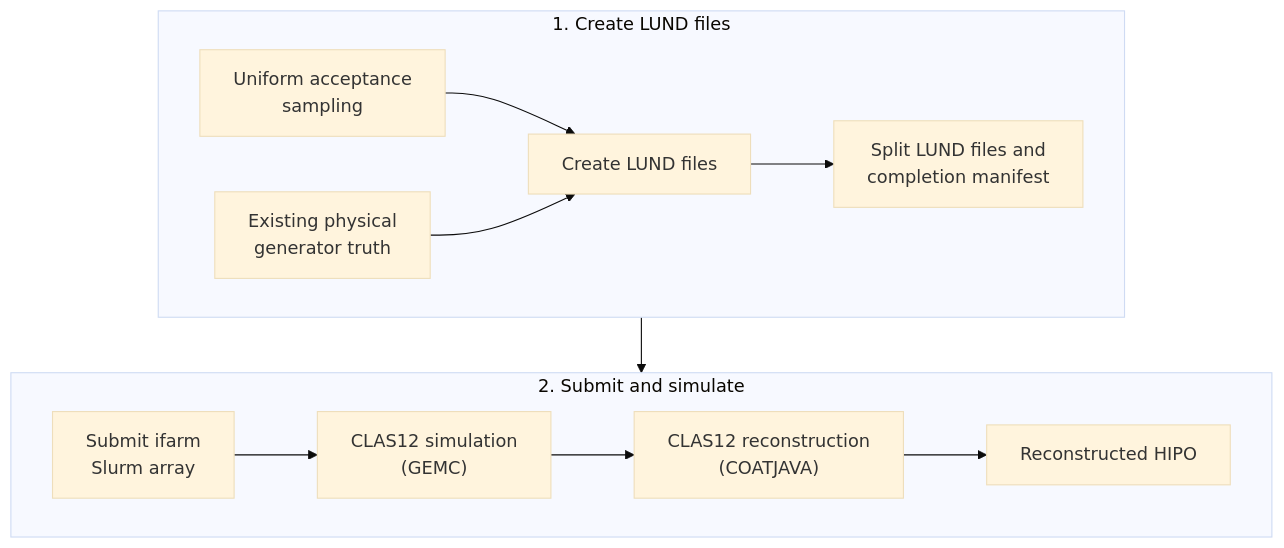
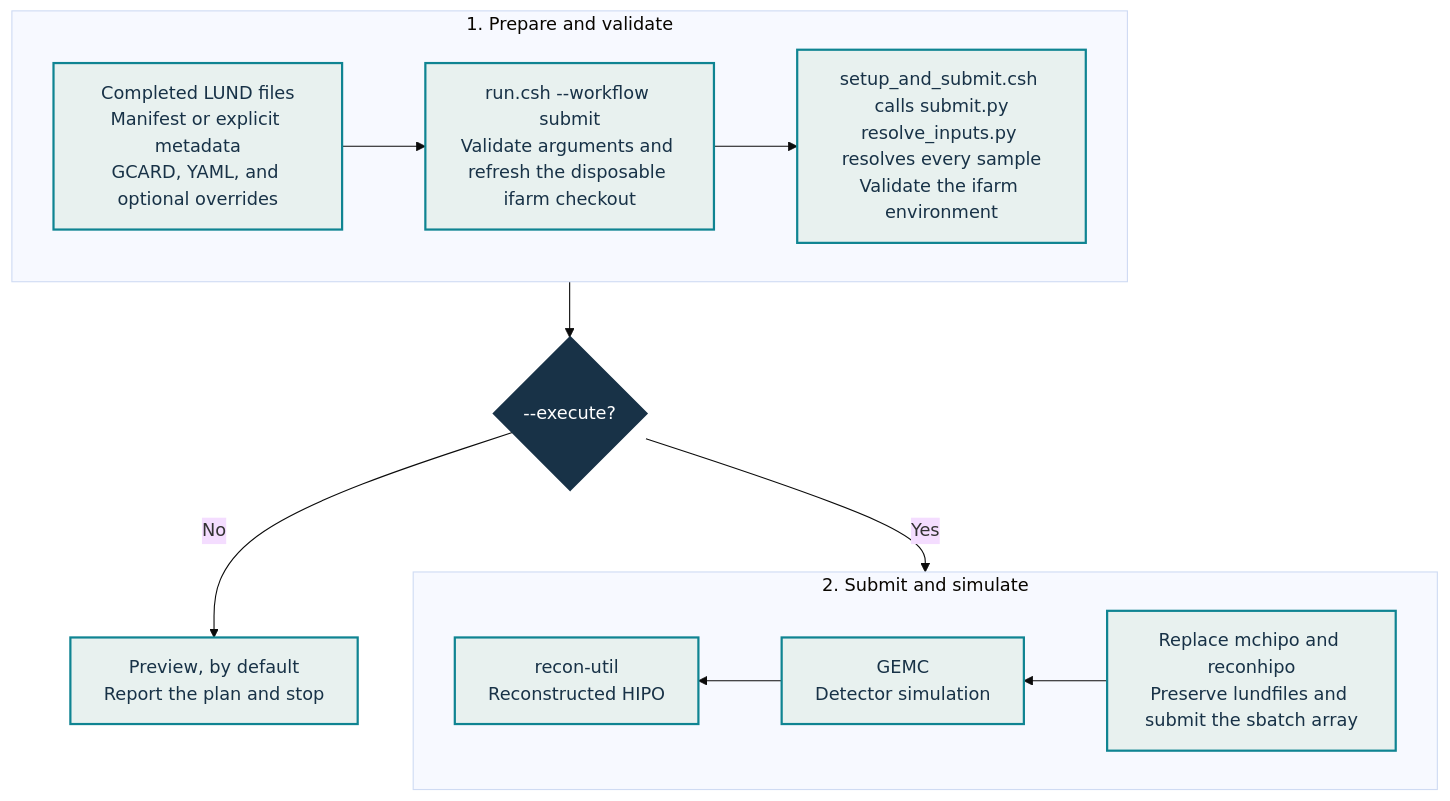
The second of 2 diagrams in docs/index.md (alons126/CLAS12-sample-generator), drawn with Mermaid (base theme) before and after one commit. The commit also changed other lines of this file and 5 other files, not shown here.

Commit message:
Update workflow diagrams and launcher preflight

````diff
--- a/docs/index.md
+++ b/docs/index.md
@@ -5,18 +39,26 @@
 ```mermaid
 flowchart TB
-    subgraph CREATE["1. Create LUND files"]
+    subgraph PREPARE["1. Prepare and validate"]
         direction LR
-        U["Uniform acceptance<br/>sampling"] --> C["Create LUND files"]
-        P["Existing physical<br/>generator truth"] --> C
-        C --> L["Split LUND files and<br/>completion manifest"]
+        INPUTS["Completed LUND files<br/>Manifest or explicit metadata<br/>GCARD, YAML, and optional overrides"] --> ENTRY["run.csh --workflow submit<br/>Validate arguments and refresh the disposable ifarm checkout"]
+        ENTRY --> VALIDATE["setup_and_submit.csh calls submit.py<br/>resolve_inputs.py resolves every sample<br/>Validate the ifarm environment"]
     end
 
+    EXECUTE{"--execute?"}
+    PREVIEW["Preview, by default<br/>Report the plan and stop"]
+
     subgraph SIMULATE["2. Submit and simulate"]
-        direction LR
-        S["Submit ifarm<br/>Slurm array"] --> G["CLAS12 simulation<br/>(GEMC)"]
-        G --> R["CLAS12 reconstruction<br/>(COATJAVA)"]
-        R --> H["Reconstructed HIPO"]
+        direction RL
+        SUBMIT["Replace mchipo and reconhipo<br/>Preserve lundfiles and submit the sbatch array"] --> GEMC["GEMC<br/>Detector simulation"]
+        GEMC --> RECON["recon-util<br/>Reconstructed HIPO"]
     end
 
-    CREATE --> SIMULATE
+    PREPARE --> EXECUTE
+    EXECUTE -->|No| PREVIEW
+    EXECUTE -->|Yes| SIMULATE
+
+    classDef decision fill:#183247,color:#ffffff,stroke:#183247,stroke-width:2px;
+    classDef stage fill:#e8f1ef,color:#183247,stroke:#0f8492,stroke-width:2px;
+    class EXECUTE decision;
+    class INPUTS,ENTRY,VALIDATE,PREVIEW,SUBMIT,GEMC,RECON stage;
 ```
````
